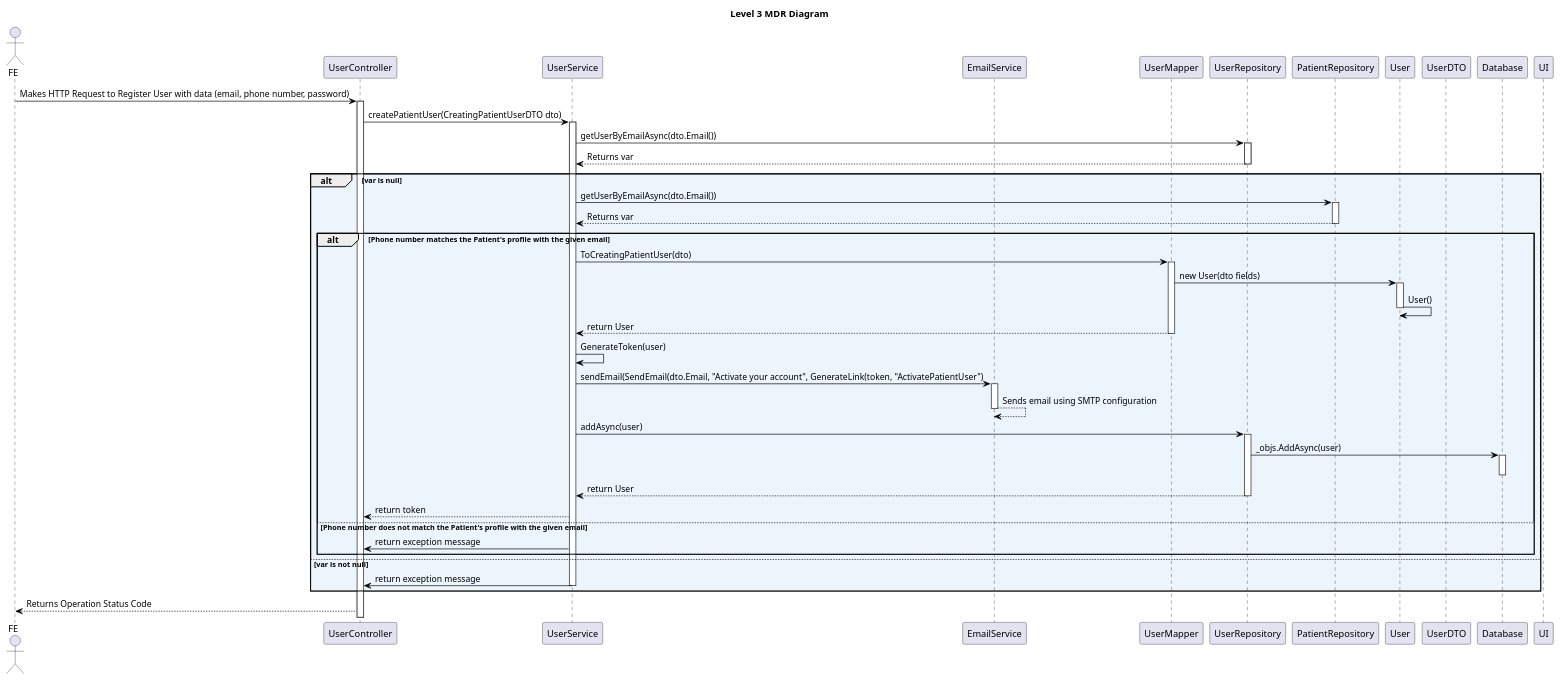
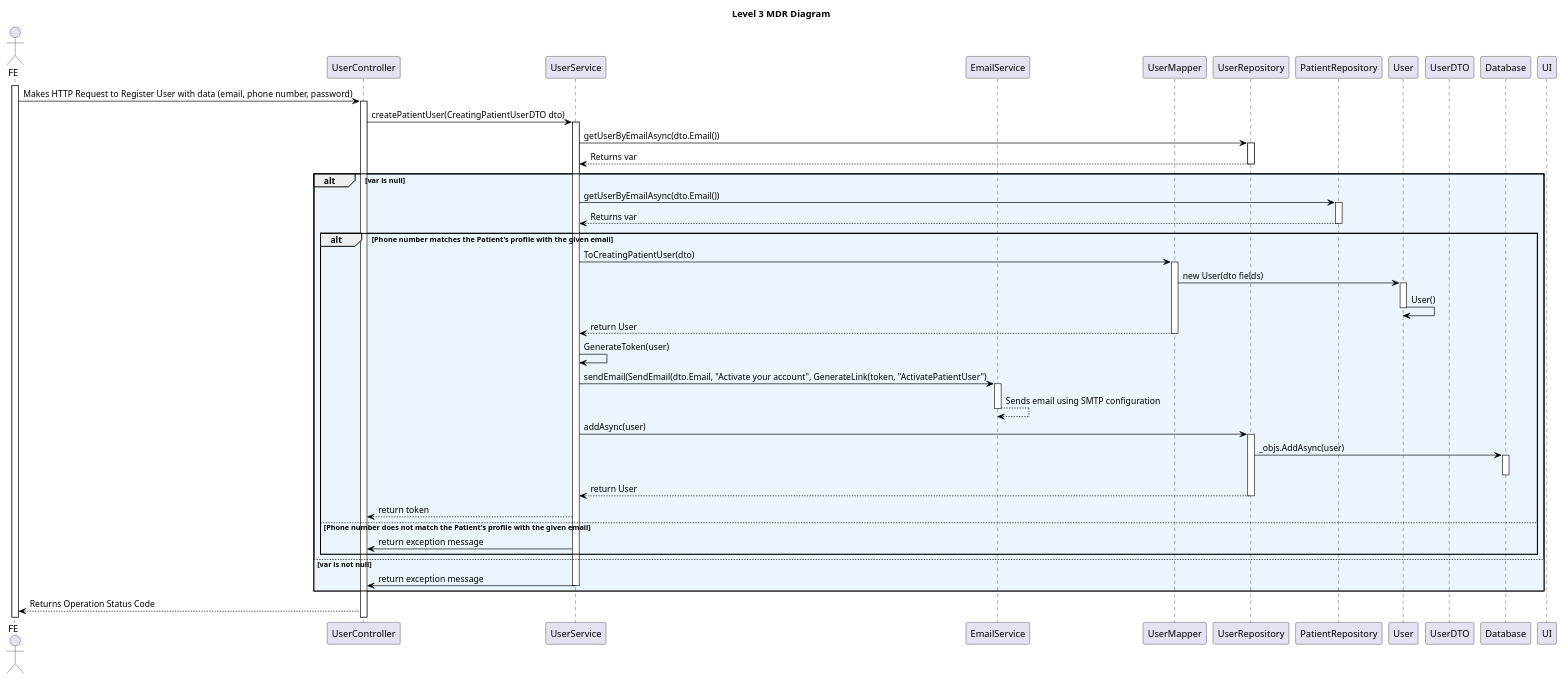
One commit to vscosousa/LAPR5_3DC_G15 changed the diagram in docs/sprint_B/us_6.2.1/level_3/puml/level_3_MDR.puml. Above: the diagram before and after it, drawn with PlantUML. The commit also changed 9 other files, not shown here.

```diff
--- a/docs/sprint_B/us_6.2.1/level_3/puml/level_3_MDR.puml
+++ b/docs/sprint_B/us_6.2.1/level_3/puml/level_3_MDR.puml
@@ -1,76 +1,77 @@
 @startuml level_3_MDR
 
 title Level 3 MDR Diagram
 
 hide empty members
 'skinparam Linetype ortho
 
 skinparam class {
     BackgroundColor<<valueObject>> #D6EAF8
     BackgroundColor<<root>> #FDEBD0
     BackgroundColor<<service>> #D1F2EB
     BackgroundColor #FEF9E7
     ArrowColor Black
 }
 
 skinparam package {
     BackgroundColor #EBF5FB
 }
 
 actor FE as FE
 participant "UserController" as C
 participant "UserService" as S
 participant "EmailService" as ES
 participant "UserMapper" as M
 participant "UserRepository" as R
 participant "PatientRepository" as PR
 participant "User" as U
 participant "UserDTO" as DTO
 participant "Database" as DB
 
+activate FE
 FE -> C: Makes HTTP Request to Register User with data (email, phone number, password)
 activate C
 C -> S: createPatientUser(CreatingPatientUserDTO dto)
 activate S
 S -> R: getUserByEmailAsync(dto.Email())
 activate R
 R --> S: Returns var
 deactivate R
 alt var is null
     S -> PR: getUserByEmailAsync(dto.Email())
     activate PR
     PR --> S: Returns var
     deactivate PR
     alt Phone number matches the Patient's profile with the given email
         S -> M: ToCreatingPatientUser(dto)
         activate M
         M -> U: new User(dto fields)
         activate U
         U -> U: User()
         deactivate U
         M --> S: return User
         deactivate M
         S -> S: GenerateToken(user)
         S -> ES: sendEmail(SendEmail(dto.Email, "Activate your account", GenerateLink(token, "ActivatePatientUser")
         activate ES
         ES --> ES: Sends email using SMTP configuration
         deactivate ES
         S -> R: addAsync(user)
         activate R
         R -> DB: _objs.AddAsync(user)
         activate DB
         deactivate DB
         R --> S: return User
         deactivate R
         S --> C: return token
     else Phone number does not match the Patient's profile with the given email
         S -> C: return exception message
     end
 else var is not null
     S -> C: return exception message
     deactivate S
 end
 C --> FE: Returns Operation Status Code
 deactivate UI
 
 @enduml
```
